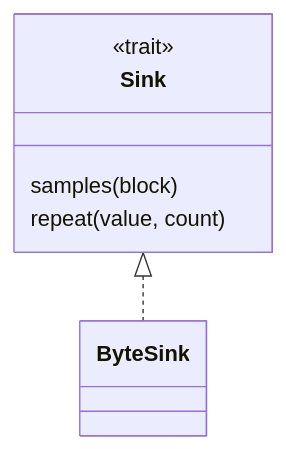
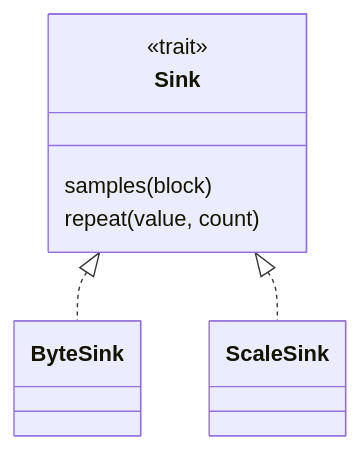
Before and after one commit to D0ubleD0uble/fieldglass: the fourth of 6 diagrams in docs/architecture/02-trait-seams.md, drawn with Mermaid. The commit also changed other lines of this file and 17 other files, not shown here.

````diff
--- a/docs/architecture/02-trait-seams.md
+++ b/docs/architecture/02-trait-seams.md
@@ -295,9 +296,10 @@
 ```mermaid
 classDiagram
     class Sink {
         <<trait>>
         samples(block)
         repeat(value, count)
     }
     Sink <|.. ByteSink
+    Sink <|.. ScaleSink
 ```
````
